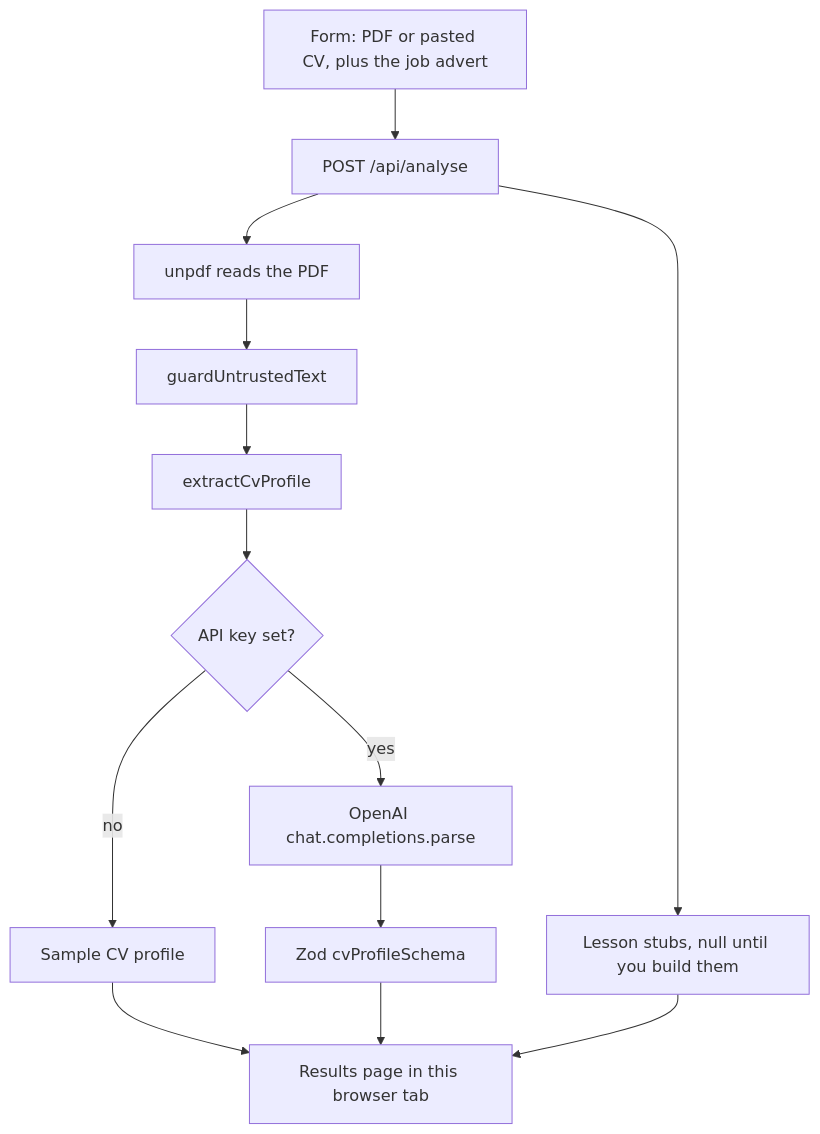
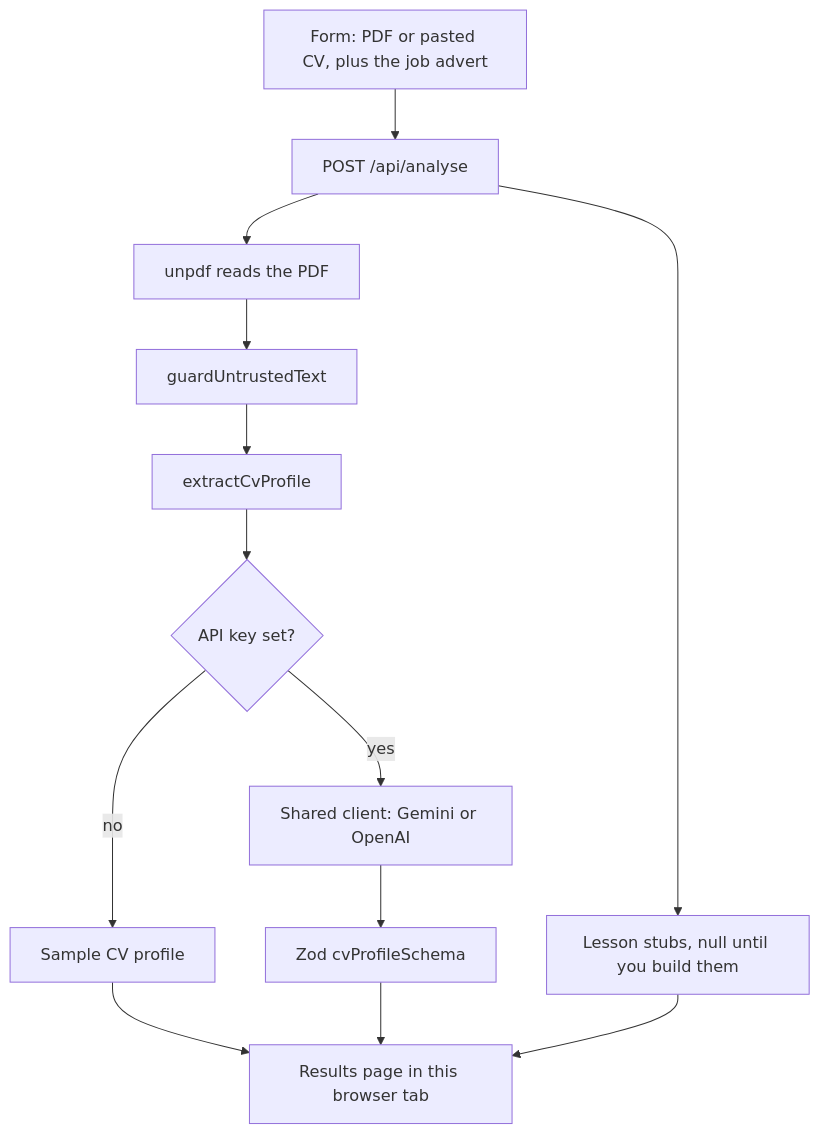
One commit to zuhaqaisar24/ai-cv-analyser changed the diagram in README.md. Above: the diagram before and after it, drawn with Mermaid. The commit also changed other lines of this file and 12 other files, not shown here.

````diff
--- a/README.md
+++ b/README.md
@@ -43,27 +43,27 @@
 ```mermaid
 flowchart TD
   form[Form: PDF or pasted CV, plus the job advert]
   api["POST /api/analyse"]
   pdf[unpdf reads the PDF]
   guard[guardUntrustedText]
   cv[extractCvProfile]
   key{API key set?}
   sample[Sample CV profile]
-  llm["OpenAI chat.completions.parse"]
+  llm["Shared client: Gemini or OpenAI"]
   zod[Zod cvProfileSchema]
   stubs[Lesson stubs, null until you build them]
   page[Results page in this browser tab]
 
   form --> api
   api --> pdf
   pdf --> guard
   guard --> cv
   cv --> key
   key -->|no| sample
   key -->|yes| llm
   llm --> zod
   sample --> page
   zod --> page
   api --> stubs
   stubs --> page
 ```
````
